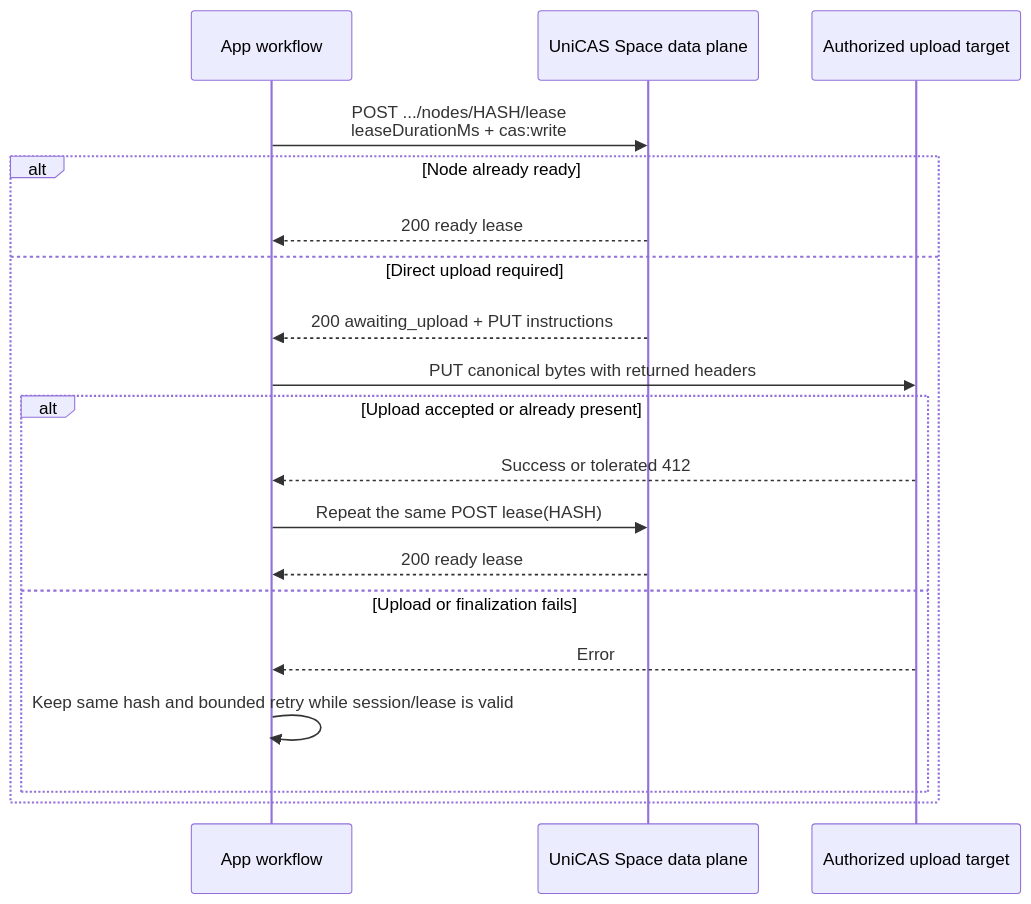
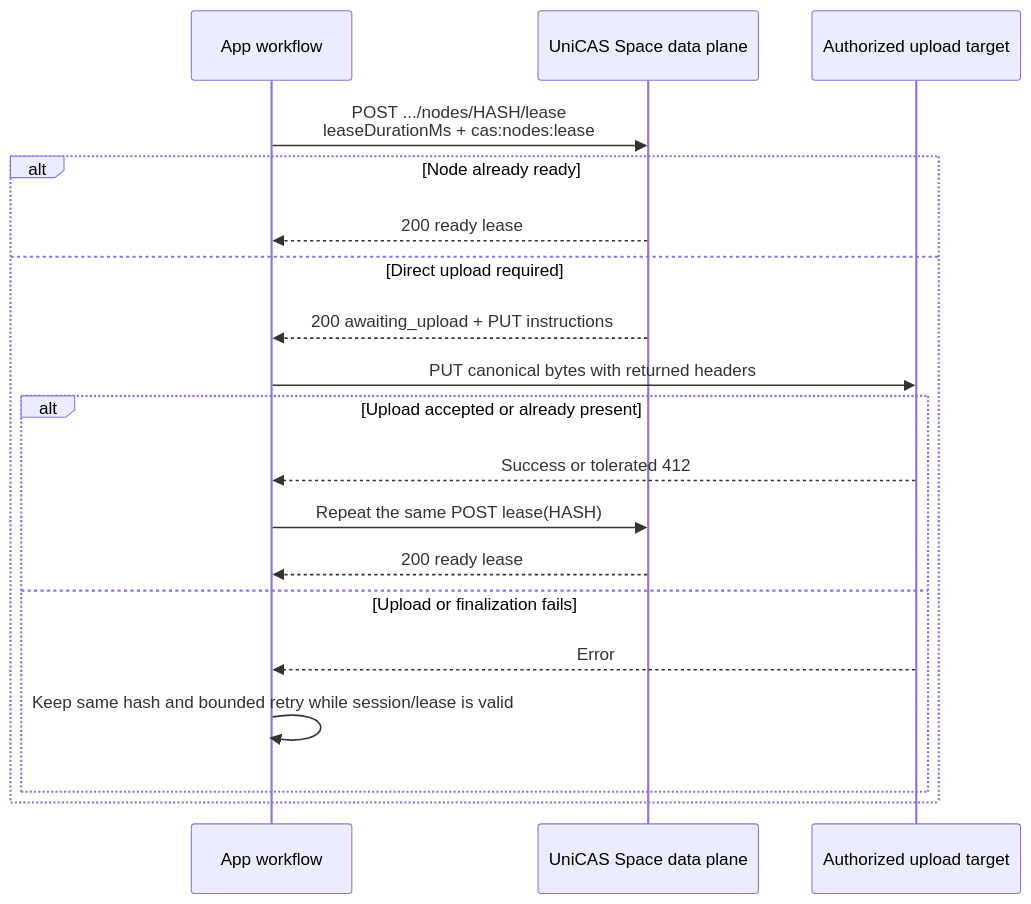
One commit to shazhou-ww/unicas changed the third of 5 diagrams in docs/app-user-api/scenarios.md. Above: the diagram before and after it, drawn with Mermaid. The commit also changed other lines of this file and 22 other files, not shown here.

````diff
--- a/docs/app-user-api/scenarios.md
+++ b/docs/app-user-api/scenarios.md
@@ -74,22 +74,22 @@
 ```mermaid
 sequenceDiagram
     participant App as App workflow
     participant CAS as UniCAS Space data plane
     participant Upload as Authorized upload target
 
-    App->>CAS: POST .../nodes/HASH/lease<br/>leaseDurationMs + cas:write
+    App->>CAS: POST .../nodes/HASH/lease<br/>leaseDurationMs + cas:nodes:lease
     alt Node already ready
         CAS-->>App: 200 ready lease
     else Direct upload required
         CAS-->>App: 200 awaiting_upload + PUT instructions
         App->>Upload: PUT canonical bytes with returned headers
         alt Upload accepted or already present
             Upload-->>App: Success or tolerated 412
             App->>CAS: Repeat the same POST lease(HASH)
             CAS-->>App: 200 ready lease
         else Upload or finalization fails
             Upload-->>App: Error
             App->>App: Keep same hash and bounded retry while session/lease is valid
         end
     end
 ```
````
